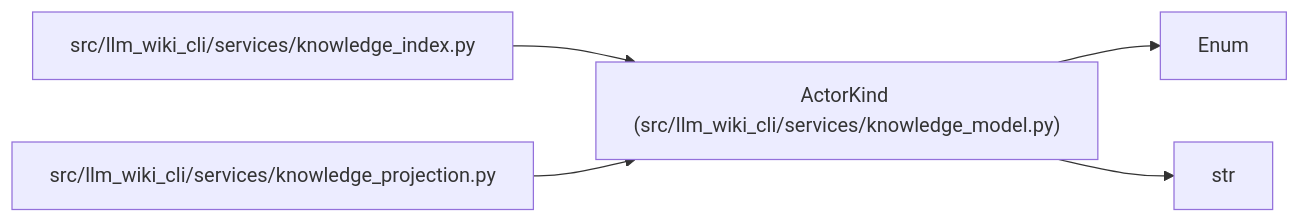
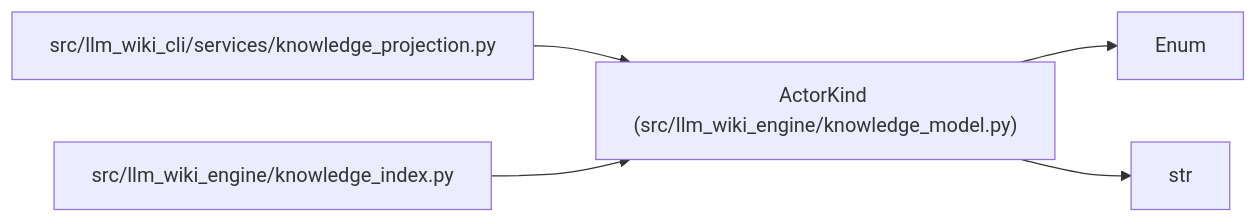
Before and after one commit to Denissvgn/python-wiki-llm: the diagram in docs/llm_wiki/entities/ActorKind.md, drawn with Mermaid. The commit also changed other lines of this file and 1058 other files, not shown here.

First line of the commit message:
docs: refresh the wiki for the knowledge store move

````diff
--- a/docs/llm_wiki/entities/ActorKind.md
+++ b/docs/llm_wiki/entities/ActorKind.md
@@ -29,15 +29,15 @@
 ```mermaid
 flowchart LR
-    n0["ActorKind (src/llm_wiki_cli/services/knowledge_model.py)"]
+    n0["ActorKind (src/llm_wiki_engine/knowledge_model.py)"]
     n1["Enum"]
     n2["str"]
-    n3["src/llm_wiki_cli/services/knowledge_index.py"]
-    n4["src/llm_wiki_cli/services/knowledge_projection.py"]
+    n3["src/llm_wiki_cli/services/knowledge_projection.py"]
+    n4["src/llm_wiki_engine/knowledge_index.py"]
     n0 --> n1
     n0 --> n2
     n3 --> n0
     n4 --> n0
     click n0 "../modules/knowledge_model.md"
-    click n3 "../modules/knowledge_index.md"
-    click n4 "../modules/knowledge_projection.md"
+    click n3 "../modules/knowledge_projection.md"
+    click n4 "../modules/knowledge_index.md"
 ```
````
